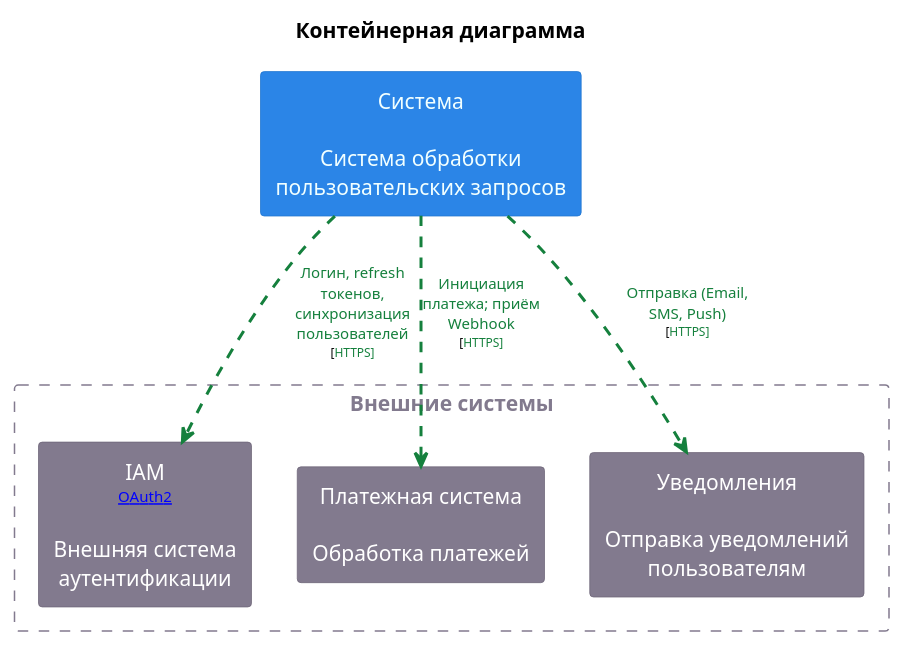
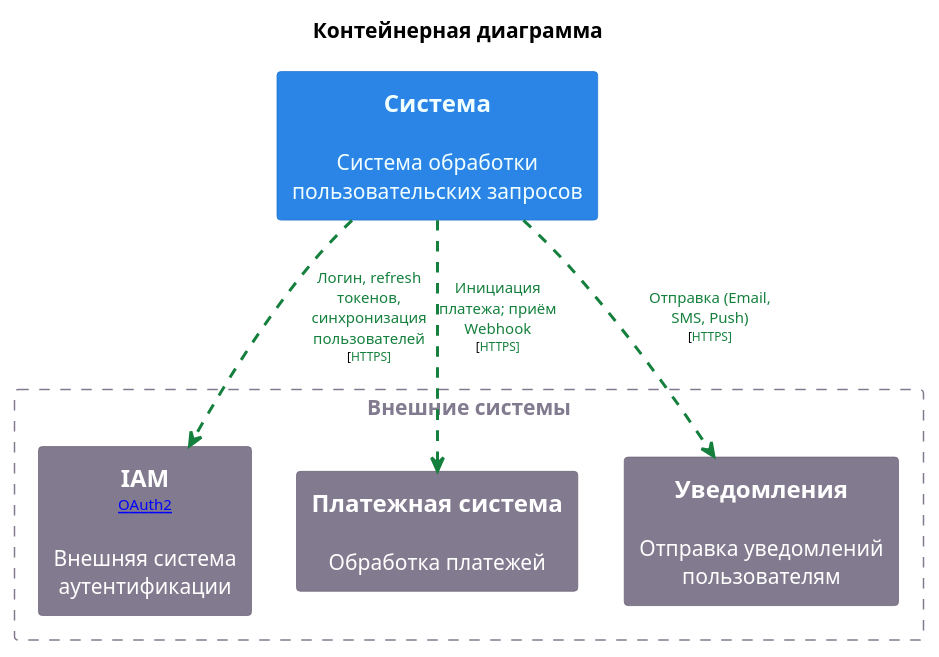
One commit to shelepovg/system-design-homework changed the diagram in doc/схемы/external_system_container.puml. Above: the diagram before and after it, drawn with PlantUML. The commit also changed 10 other files, not shown here.

Commit message:
скорректировал схемы для для управления RBAC

```diff
--- a/doc/схемы/external_system_container.puml
+++ b/doc/схемы/external_system_container.puml
@@ -1,50 +1,50 @@
 @startuml
 title "Контейнерная диаграмма"
 top to bottom direction
 
 hide stereotype
 skinparam ranksep 60
 skinparam nodesep 30
 skinparam {
   arrowFontSize 10
   defaultTextAlignment center
   wrapWidth 200
   maxMessageSize 100
   shadowing false
 }
 
 skinparam rectangle<<System>>{
   BackgroundColor #2b85e7
   FontColor #f1ffff
   BorderColor #1e73ce
 }
 skinparam rectangle<<System_extIam_ext>>{
   BackgroundColor #827a8e
   FontColor #ffffff
   BorderColor #6c6477
 }
 skinparam rectangle<<System_extPayment>>{
   BackgroundColor #827a8e
   FontColor #ffffff
   BorderColor #6c6477
 }
 skinparam rectangle<<System_extNotification>>{
   BackgroundColor #827a8e
   FontColor #ffffff
   BorderColor #6c6477
 }
-rectangle "Система\n\nСистема обработки пользовательских запросов" <<System>> as System
+rectangle "==Система\n\nСистема обработки пользовательских запросов" <<System>> as System
 rectangle "Внешние системы" <<System_ext>> as System_ext {
   skinparam RectangleBorderColor<<System_ext>> #827a8e
   skinparam RectangleFontColor<<System_ext>> #827a8e
   skinparam RectangleBorderStyle<<System_ext>> dashed
 
-  rectangle "IAM\n<size:10>[[OAuth2]]</size>\n\nВнешняя система аутентификации" <<System_extIam_ext>> as System_extIam_ext
-  rectangle "Платежная система\n\nОбработка платежей" <<System_extPayment>> as System_extPayment
-  rectangle "Уведомления\n\nОтправка уведомлений пользователям" <<System_extNotification>> as System_extNotification
+  rectangle "==IAM\n<size:10>[[OAuth2]]</size>\n\nВнешняя система аутентификации" <<System_extIam_ext>> as System_extIam_ext
+  rectangle "==Платежная система\n\nОбработка платежей" <<System_extPayment>> as System_extPayment
+  rectangle "==Уведомления\n\nОтправка уведомлений пользователям" <<System_extNotification>> as System_extNotification
 }
 
 System .[#15803d,thickness=2].> System_extIam_ext : <color:#15803d>Логин, refresh токенов, синхронизация \n<color:#15803d>пользователей\n<size:8>[<color:#15803d>HTTPS]</size>
 System .[#15803d,thickness=2].> System_extPayment : <color:#15803d>Инициация платежа; приём Webhook\n<size:8>[<color:#15803d>HTTPS]</size>
 System .[#15803d,thickness=2].> System_extNotification : <color:#15803d>Отправка (Email, SMS, Push)\n<size:8>[<color:#15803d>HTTPS]</size>
 @enduml
```
